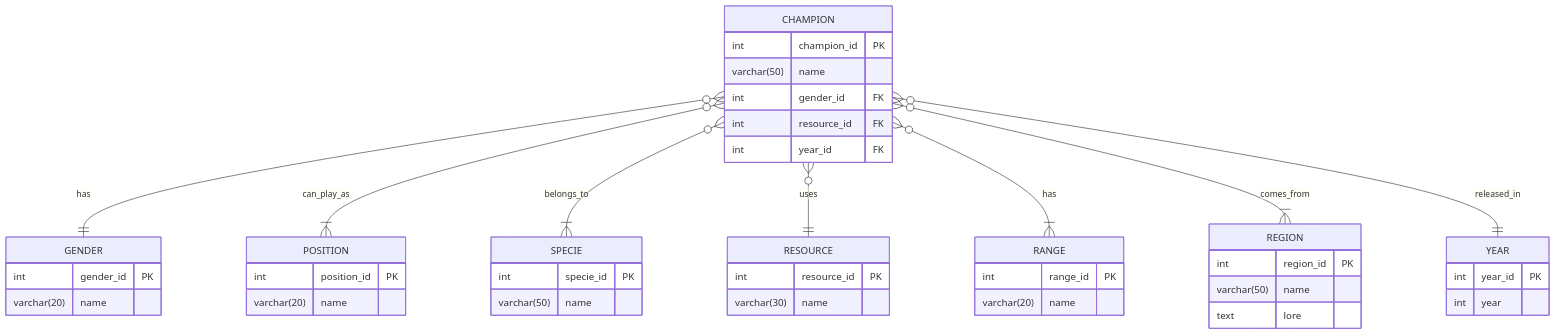
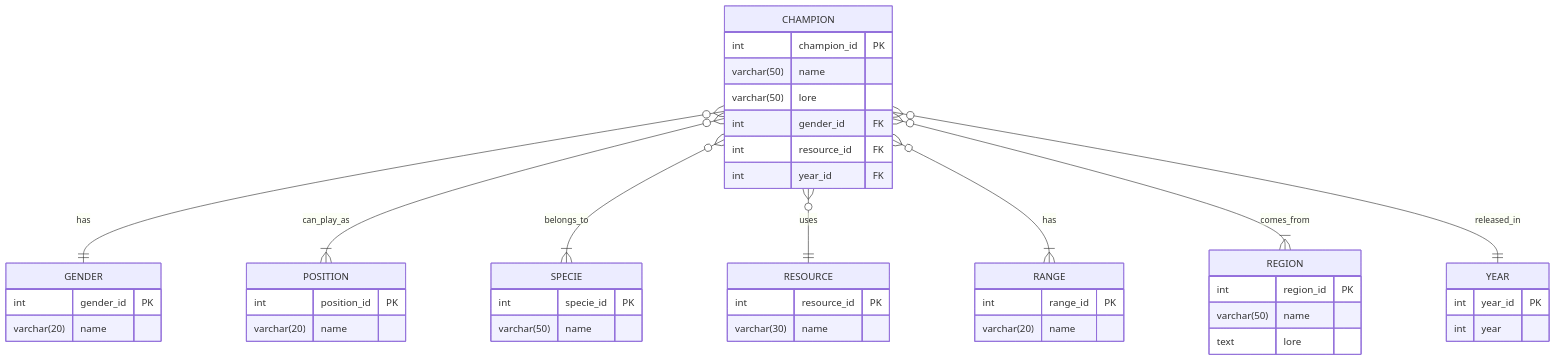
Before and after one commit to mouhamed742/BTS2-CIEL-IR-MCD-2024-2025: the diagram in TP_SQL.md, drawn with Mermaid.

````diff
--- a/TP_SQL.md
+++ b/TP_SQL.md
@@ -10,46 +10,47 @@
 ```mermaid
 erDiagram
     CHAMPION {
         int champion_id PK
         varchar(50) name
+        varchar(50) lore
         int gender_id FK
         int resource_id FK
         int year_id FK
     }
     GENDER {
         int gender_id PK
         varchar(20) name
     }
     POSITION {
         int position_id PK
         varchar(20) name
     }
     SPECIE {
         int specie_id PK
         varchar(50) name
     }
     RESOURCE {
         int resource_id PK
         varchar(30) name
     }
     RANGE {
         int range_id PK
         varchar(20) name
     }
     REGION {
         int region_id PK
         varchar(50) name
         text lore
     }
     YEAR {
         int year_id PK
         int year
     }
     CHAMPION }o--|| GENDER : "has"
     CHAMPION }o--|{ POSITION : "can_play_as"
     CHAMPION }o--|{ SPECIE : "belongs_to"
     CHAMPION }o--|| RESOURCE : "uses"
     CHAMPION }o--|{ RANGE : "has"
     CHAMPION }o--|{ REGION : "comes_from"
     CHAMPION }o--|| YEAR : "released_in"
 ```
````
